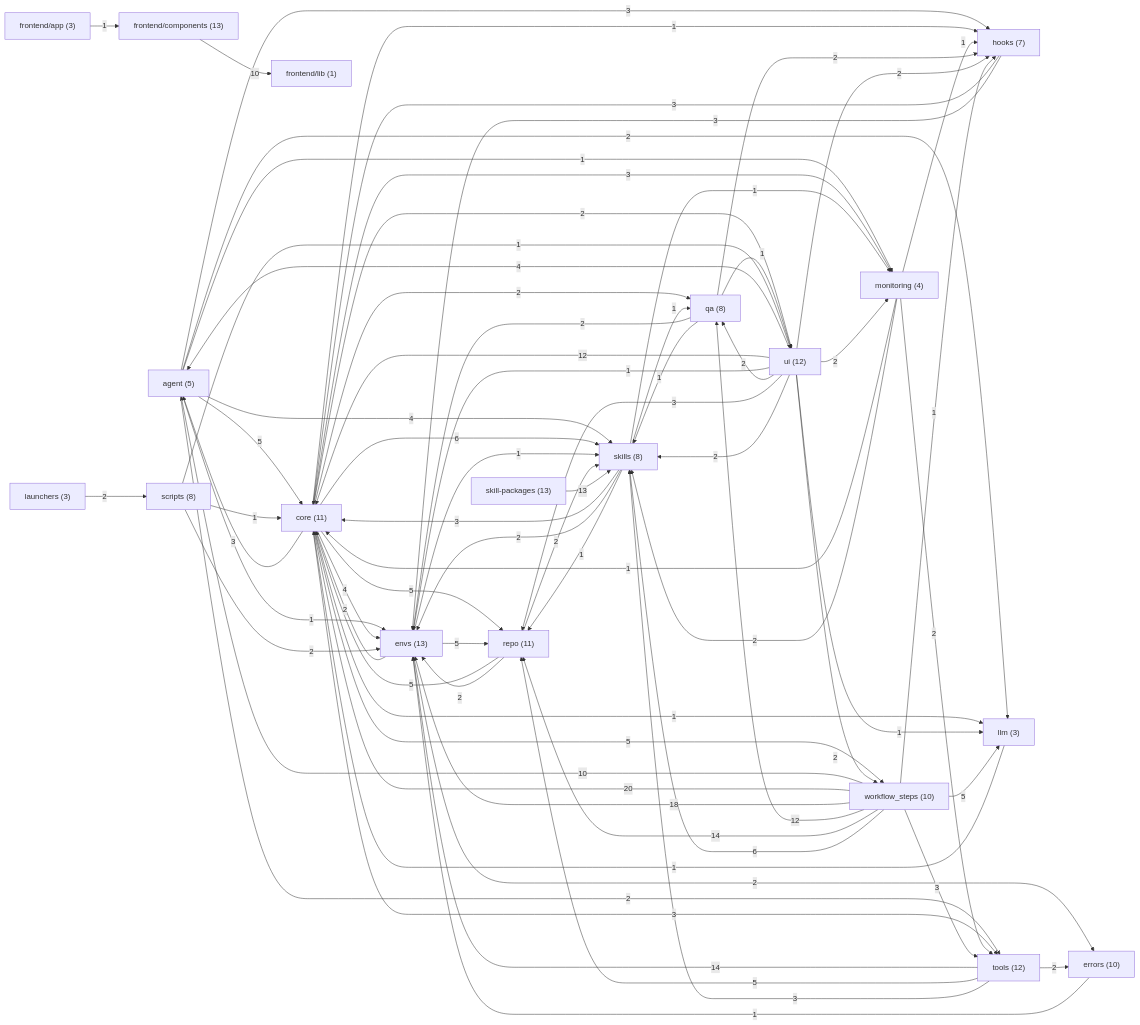
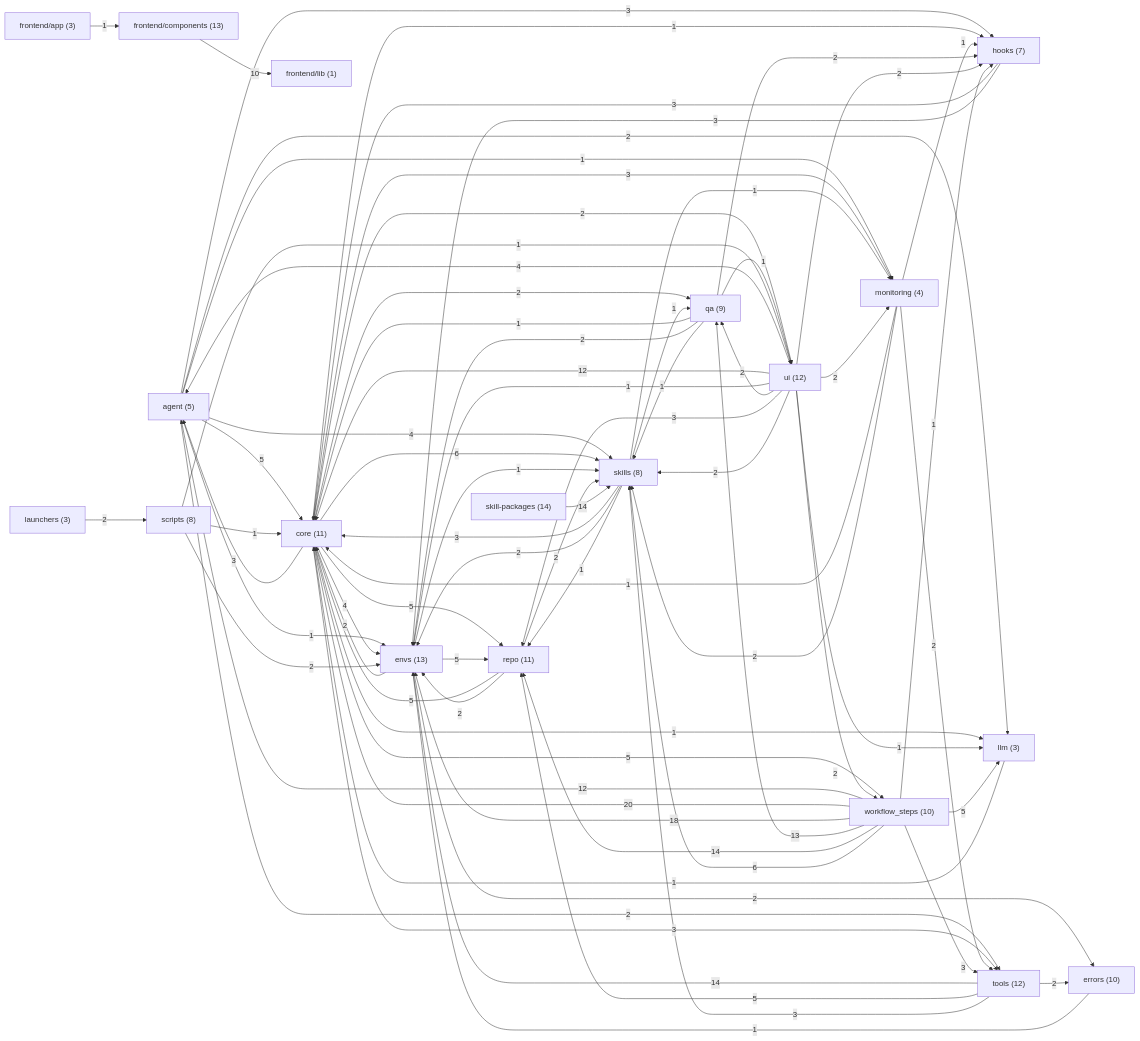
The second of 21 diagrams in docs/ARCHITECTURE_MAP.md (sarveshtalele/maf-harness-testing), drawn with Mermaid before and after one commit. The commit also changed other lines of this file and 8 other files, not shown here.

```diff
--- a/docs/ARCHITECTURE_MAP.md
+++ b/docs/ARCHITECTURE_MAP.md
@@ -70,10 +70,10 @@
   g8["launchers (3)"]
   g9["llm (3)"]
   g10["monitoring (4)"]
-  g11["qa (8)"]
+  g11["qa (9)"]
   g12["repo (11)"]
   g13["scripts (8)"]
-  g14["skill-packages (13)"]
+  g14["skill-packages (14)"]
   g15["skills (8)"]
   g16["tools (12)"]
   g17["ui (12)"]
@@ -111,6 +111,7 @@
   g10 -->|1| g7
   g10 -->|2| g15
   g10 -->|2| g16
+  g11 -->|1| g1
   g11 -->|2| g2
   g11 -->|2| g7
   g11 -->|1| g15
@@ -121,7 +122,7 @@
   g13 -->|1| g1
   g13 -->|2| g2
   g13 -->|1| g17
-  g14 -->|13| g15
+  g14 -->|14| g15
   g15 -->|3| g1
   g15 -->|2| g2
   g15 -->|1| g10
@@ -141,12 +142,12 @@
   g17 -->|3| g12
   g17 -->|2| g15
   g17 -->|2| g18
-  g18 -->|10| g0
+  g18 -->|12| g0
   g18 -->|20| g1
   g18 -->|18| g2
   g18 -->|1| g7
   g18 -->|5| g9
-  g18 -->|12| g11
+  g18 -->|13| g11
   g18 -->|14| g12
   g18 -->|6| g15
   g18 -->|3| g16
```
